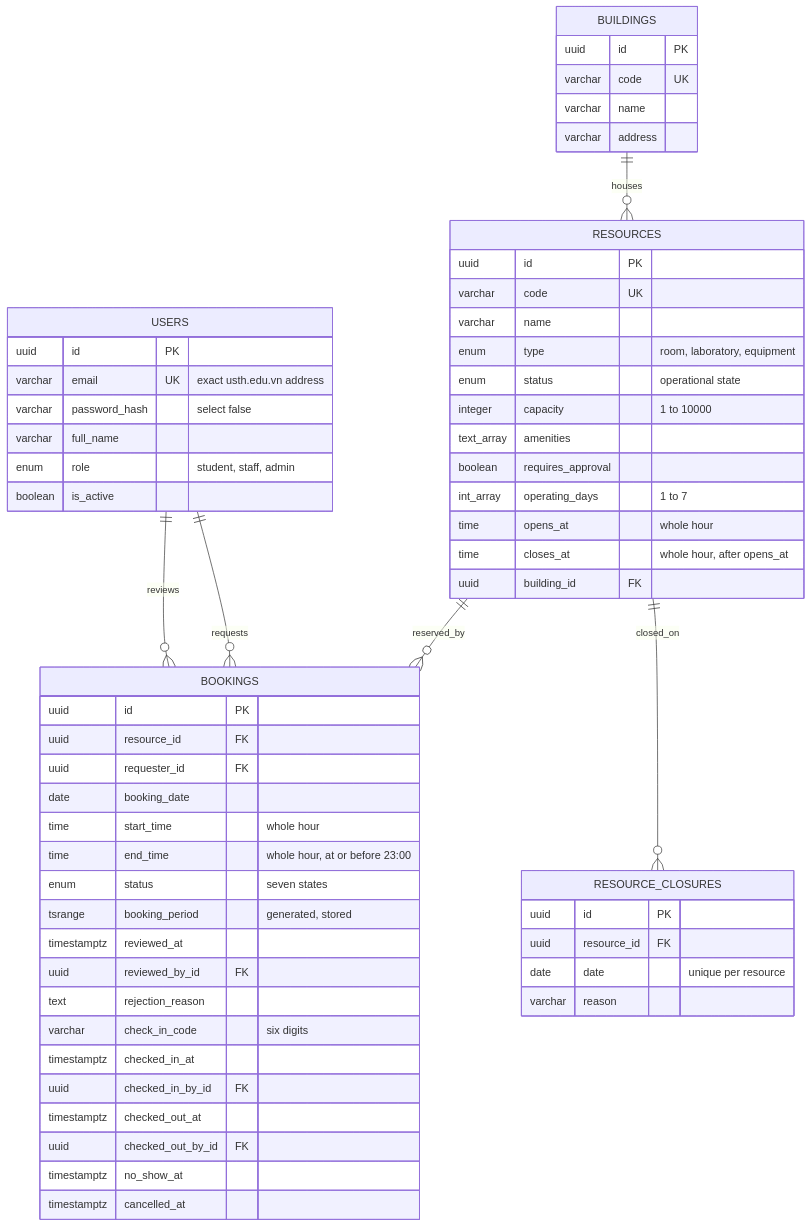
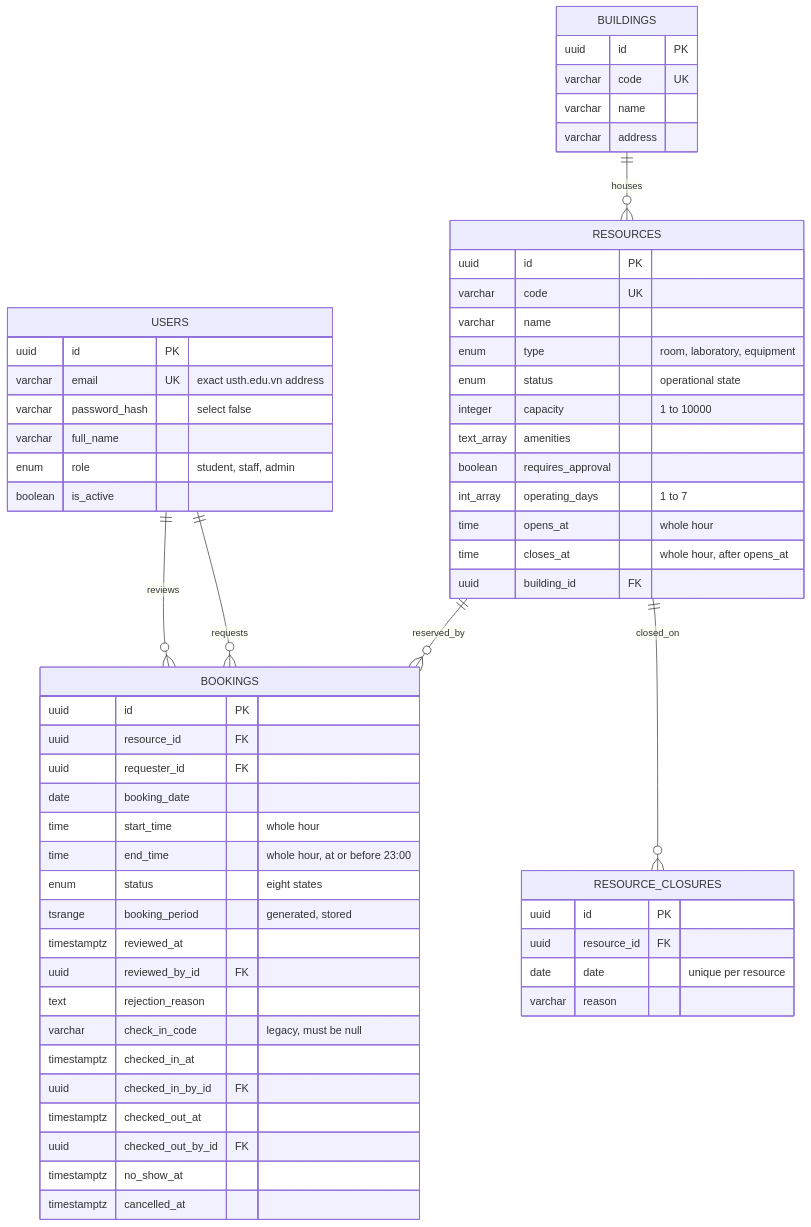
The ninth of 10 diagrams in docs/ARCHITECTURE.md (Nam-Antoine/campus-resource-booking), drawn with Mermaid before and after one commit. The commit also changed other lines of this file and 83 other files, not shown here.

````diff
--- a/docs/ARCHITECTURE.md
+++ b/docs/ARCHITECTURE.md
@@ -423,67 +440,67 @@
 ```mermaid
 erDiagram
     USERS ||--o{ BOOKINGS : requests
     USERS ||--o{ BOOKINGS : reviews
     BUILDINGS ||--o{ RESOURCES : houses
     RESOURCES ||--o{ RESOURCE_CLOSURES : closed_on
     RESOURCES ||--o{ BOOKINGS : reserved_by
 
     USERS {
         uuid id PK
         varchar email UK "exact usth.edu.vn address"
         varchar password_hash "select false"
         varchar full_name
         enum role "student, staff, admin"
         boolean is_active
     }
 
     BUILDINGS {
         uuid id PK
         varchar code UK
         varchar name
         varchar address
     }
 
     RESOURCES {
         uuid id PK
         varchar code UK
         varchar name
         enum type "room, laboratory, equipment"
         enum status "operational state"
         integer capacity "1 to 10000"
         text_array amenities
         boolean requires_approval
         int_array operating_days "1 to 7"
         time opens_at "whole hour"
         time closes_at "whole hour, after opens_at"
         uuid building_id FK
     }
 
     RESOURCE_CLOSURES {
         uuid id PK
         uuid resource_id FK
         date date "unique per resource"
         varchar reason
     }
 
     BOOKINGS {
         uuid id PK
         uuid resource_id FK
         uuid requester_id FK
         date booking_date
         time start_time "whole hour"
         time end_time "whole hour, at or before 23:00"
-        enum status "seven states"
+        enum status "eight states"
         tsrange booking_period "generated, stored"
         timestamptz reviewed_at
         uuid reviewed_by_id FK
         text rejection_reason
-        varchar check_in_code "six digits"
+        varchar check_in_code "legacy, must be null"
         timestamptz checked_in_at
         uuid checked_in_by_id FK
         timestamptz checked_out_at
         uuid checked_out_by_id FK
         timestamptz no_show_at
         timestamptz cancelled_at
     }
 ```
````
